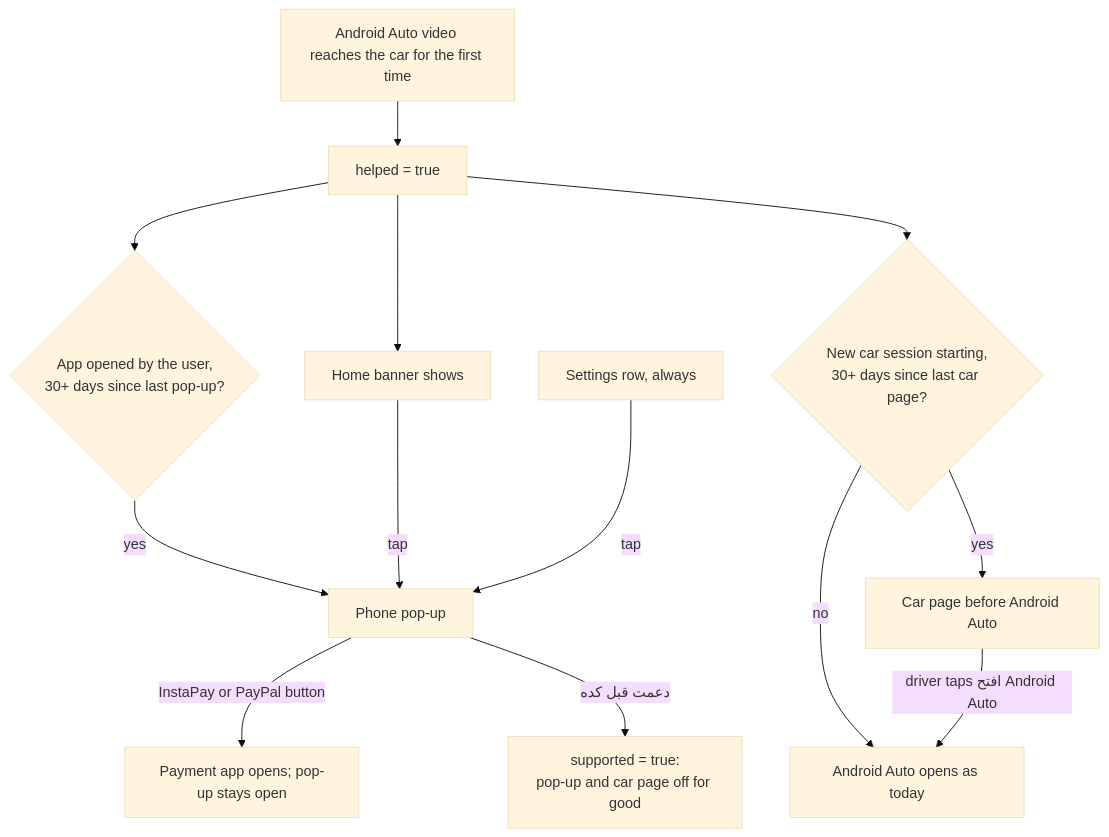
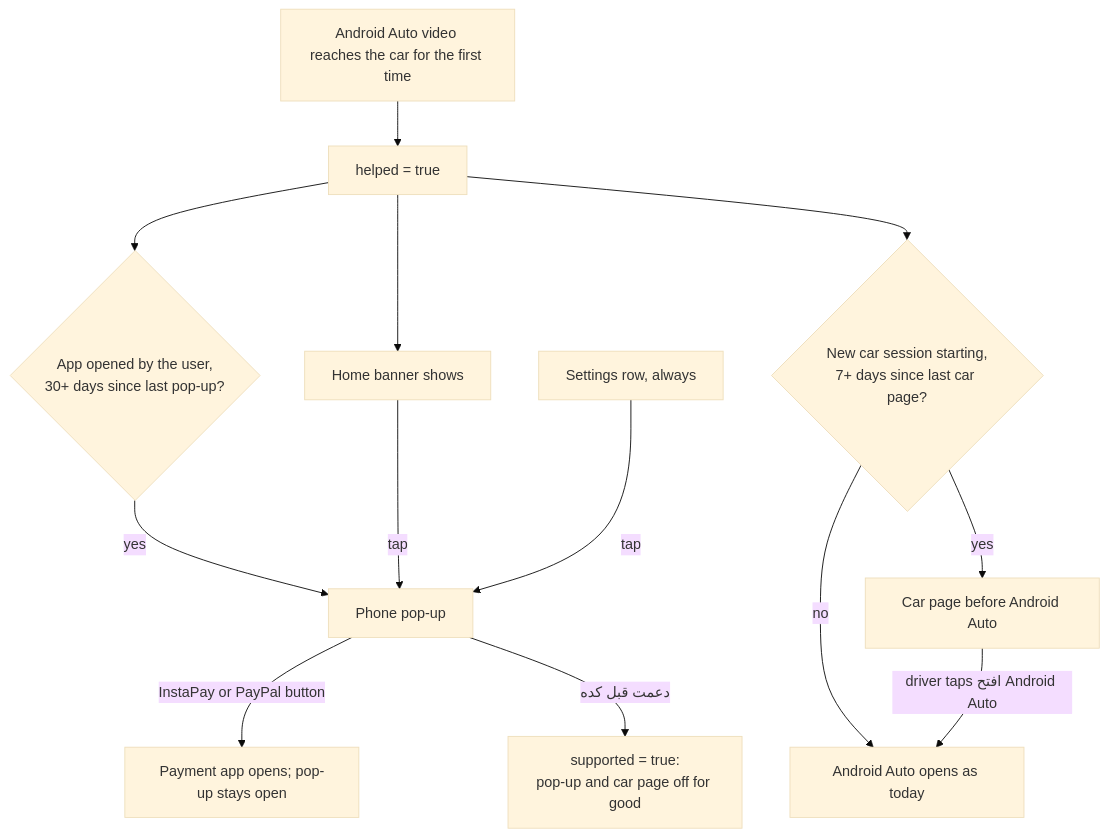
One commit to alimorgaan/AA-Bridge changed the diagram in docs/superpowers/specs/2026-11-24-support-ask-design.md. Above: the diagram before and after it, drawn with Mermaid (base theme). The commit also changed other lines of this file and 3 other files, not shown here.

First line of the commit message:
Show the car support page weekly instead of monthly

````diff
--- a/docs/superpowers/specs/2026-11-24-support-ask-design.md
+++ b/docs/superpowers/specs/2026-11-24-support-ask-design.md
@@ -59,15 +59,15 @@
 ```mermaid
 flowchart TD
     A[Android Auto video reaches the car for the first time] --> H[helped = true]
     H --> B[Home banner shows]
     H --> P{App opened by the user,<br/>30+ days since last pop-up?}
     P -- yes --> PU[Phone pop-up]
-    H --> C{New car session starting,<br/>30+ days since last car page?}
+    H --> C{New car session starting,<br/>7+ days since last car page?}
     C -- yes --> CP[Car page before Android Auto]
     C -- no --> AA[Android Auto opens as today]
     CP -- driver taps افتح Android Auto --> AA
     B -- tap --> PU
     R[Settings row, always] -- tap --> PU
     PU -- InstaPay or PayPal button --> PAY[Payment app opens; pop-up stays open]
     PU -- دعمت قبل كده --> X[supported = true:<br/>pop-up and car page off for good]
 ```
````
